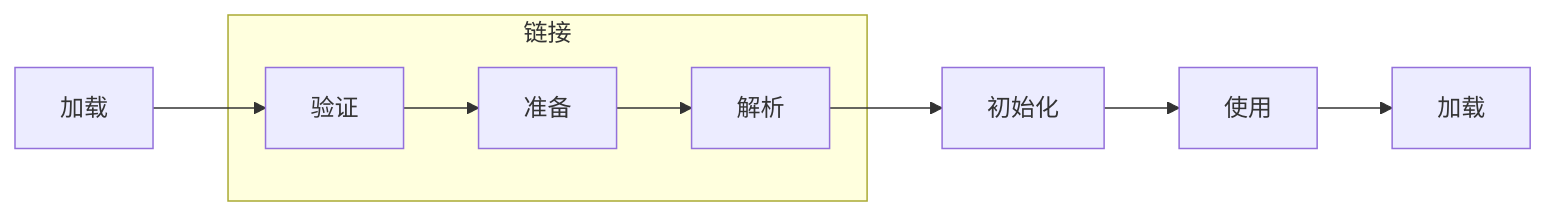
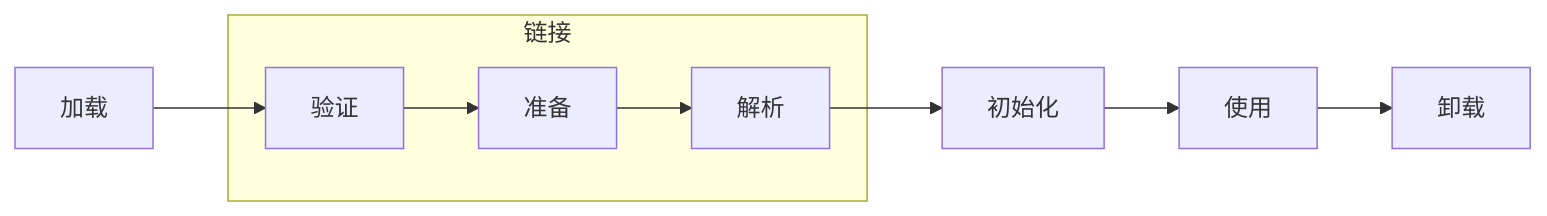
One commit to Ivanclf/Ivanclf.github.io changed the second of 4 diagrams in source/_posts/jvm.md. Above: the diagram before and after it, drawn with Mermaid. The commit also changed other lines of this file and 12 other files, not shown here.

````diff
--- a/source/_posts/jvm.md
+++ b/source/_posts/jvm.md
@@ -363,13 +339,13 @@
 ```mermaid
 graph LR
     load[加载]
     subgraph link[链接]
         verify[验证]
         prepare[准备]
         resolute[解析]
     end
     initialize[初始化]
     use[使用]
-    unload[加载]
+    unload[卸载]
     load-->verify-->prepare-->resolute-->initialize-->use-->unload
 ```
````
